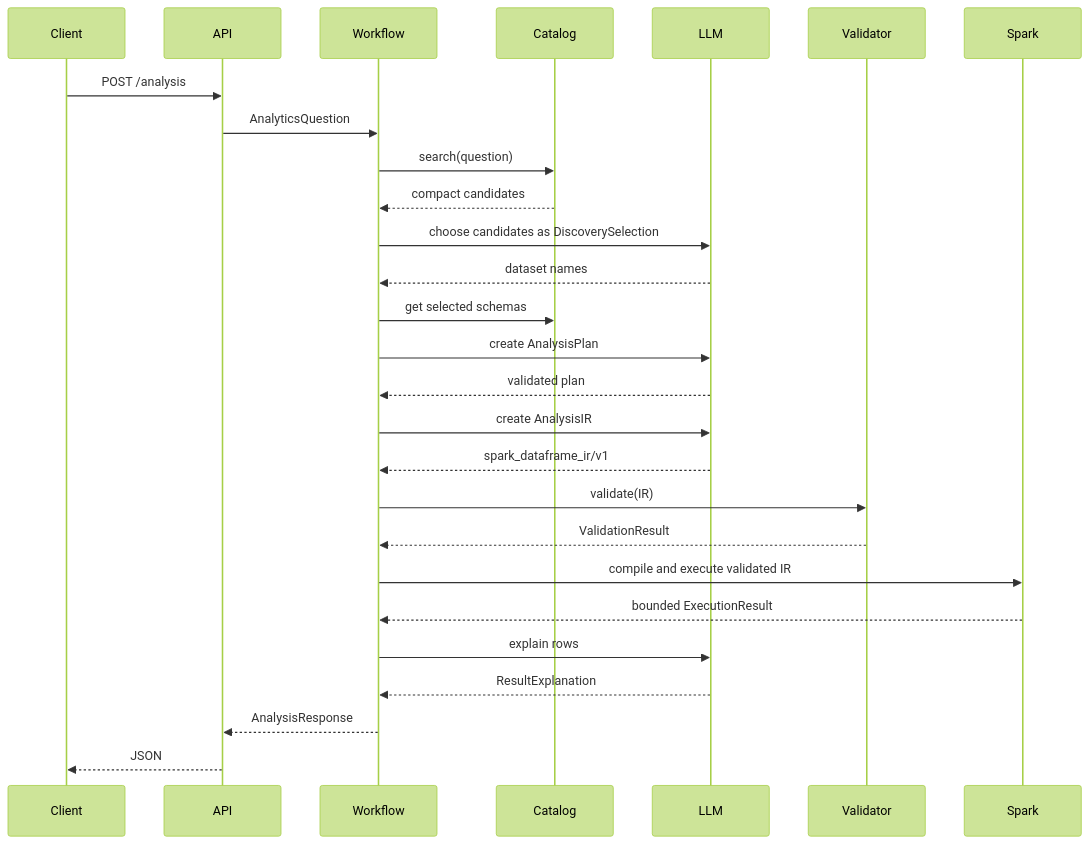
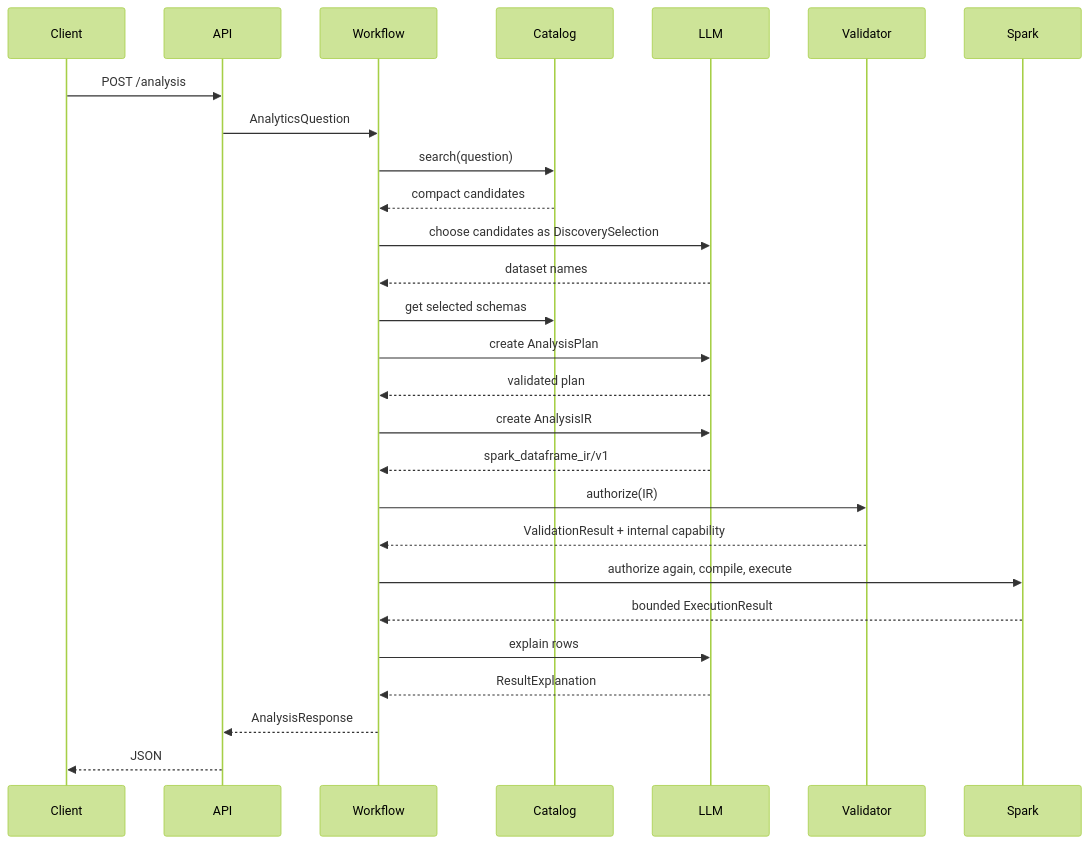
Before and after one commit to datenwissenschaften/agentic-data-analyst: the diagram in docs/architecture.md, drawn with Mermaid (forest theme). The commit also changed other lines of this file and 37 other files, not shown here.

````diff
--- a/docs/architecture.md
+++ b/docs/architecture.md
@@ -35,30 +36,30 @@
 ```mermaid
 sequenceDiagram
     participant Client
     participant API
     participant Workflow
     participant Catalog
     participant LLM
     participant Validator
     participant Spark
 
     Client->>API: POST /analysis
     API->>Workflow: AnalyticsQuestion
     Workflow->>Catalog: search(question)
     Catalog-->>Workflow: compact candidates
     Workflow->>LLM: choose candidates as DiscoverySelection
     LLM-->>Workflow: dataset names
     Workflow->>Catalog: get selected schemas
     Workflow->>LLM: create AnalysisPlan
     LLM-->>Workflow: validated plan
     Workflow->>LLM: create AnalysisIR
     LLM-->>Workflow: spark_dataframe_ir/v1
-    Workflow->>Validator: validate(IR)
-    Validator-->>Workflow: ValidationResult
-    Workflow->>Spark: compile and execute validated IR
+    Workflow->>Validator: authorize(IR)
+    Validator-->>Workflow: ValidationResult + internal capability
+    Workflow->>Spark: authorize again, compile, execute
     Spark-->>Workflow: bounded ExecutionResult
     Workflow->>LLM: explain rows
     LLM-->>Workflow: ResultExplanation
     Workflow-->>API: AnalysisResponse
     API-->>Client: JSON
 ```
````
